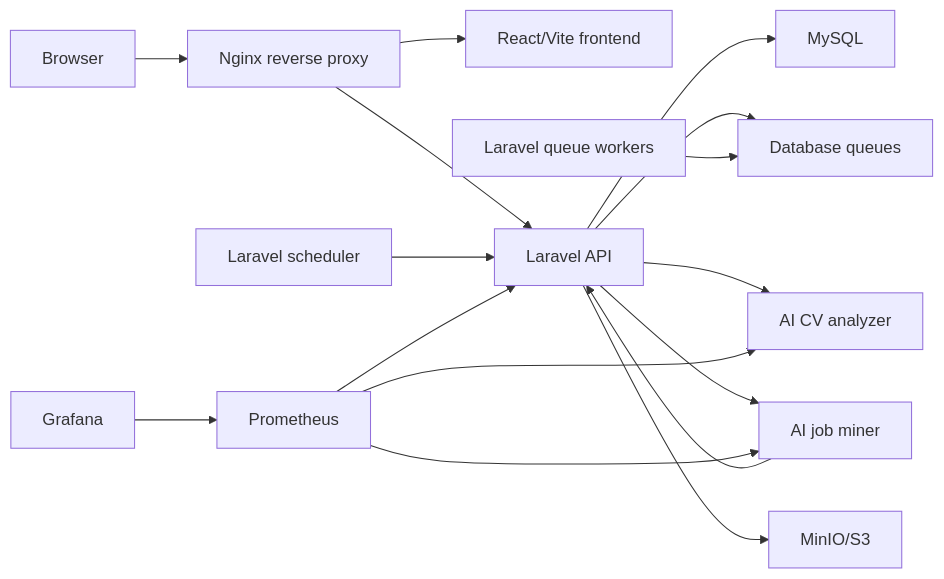
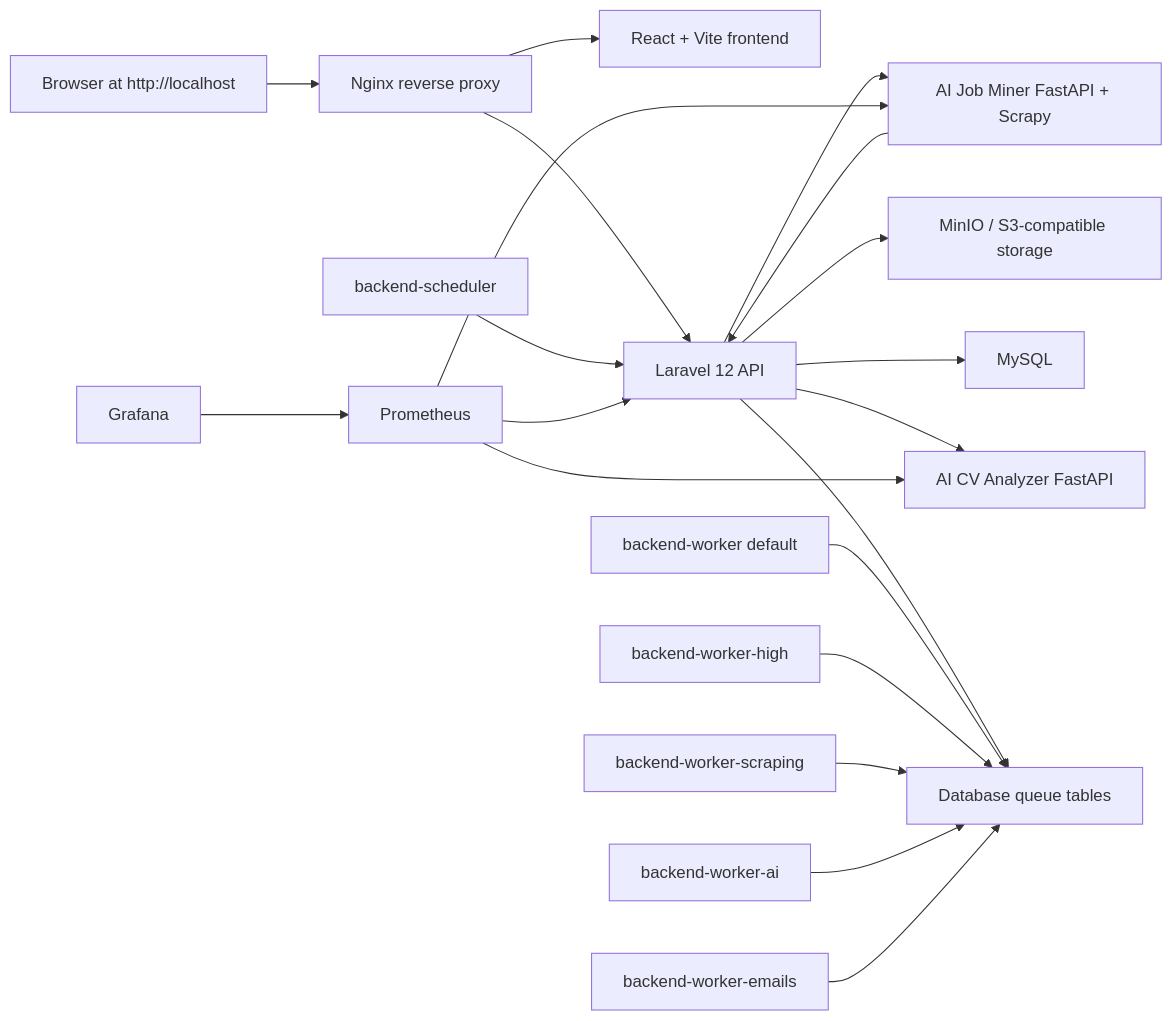
The diagram in README.md (YousefAlTohamy/CareerCompass), drawn with Mermaid before and after one commit. The commit also changed other lines of this file and 7 other files, not shown here.

````diff
--- a/README.md
+++ b/README.md
@@ -9,18 +33,22 @@
 ```mermaid
 flowchart LR
-  Browser["Browser"] --> Nginx["Nginx reverse proxy"]
-  Nginx --> Frontend["React/Vite frontend"]
-  Nginx --> Backend["Laravel API"]
+  Browser["Browser at http://localhost"] --> Nginx["Nginx reverse proxy"]
+  Nginx --> Frontend["React + Vite frontend"]
+  Nginx --> Backend["Laravel 12 API"]
   Backend --> MySQL["MySQL"]
-  Backend --> Queue["Database queues"]
-  Workers["Laravel queue workers"] --> Queue
-  Scheduler["Laravel scheduler"] --> Backend
-  Backend --> AI["AI CV analyzer"]
-  Backend --> Scraper["AI job miner"]
-  Scraper --> Backend
-  Backend --> Storage["MinIO/S3"]
+  Backend --> Storage["MinIO / S3-compatible storage"]
+  Backend --> Queue["Database queue tables"]
+  WorkerDefault["backend-worker default"] --> Queue
+  WorkerHigh["backend-worker-high"] --> Queue
+  WorkerScraping["backend-worker-scraping"] --> Queue
+  WorkerAI["backend-worker-ai"] --> Queue
+  WorkerEmails["backend-worker-emails"] --> Queue
+  Scheduler["backend-scheduler"] --> Backend
+  Backend --> Analyzer["AI CV Analyzer FastAPI"]
+  Backend --> Miner["AI Job Miner FastAPI + Scrapy"]
+  Miner --> Backend
   Prometheus["Prometheus"] --> Backend
-  Prometheus --> AI
-  Prometheus --> Scraper
+  Prometheus --> Analyzer
+  Prometheus --> Miner
   Grafana["Grafana"] --> Prometheus
 ```
````
